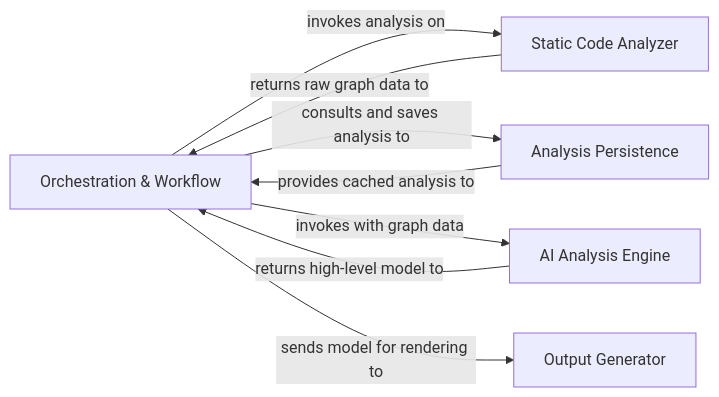
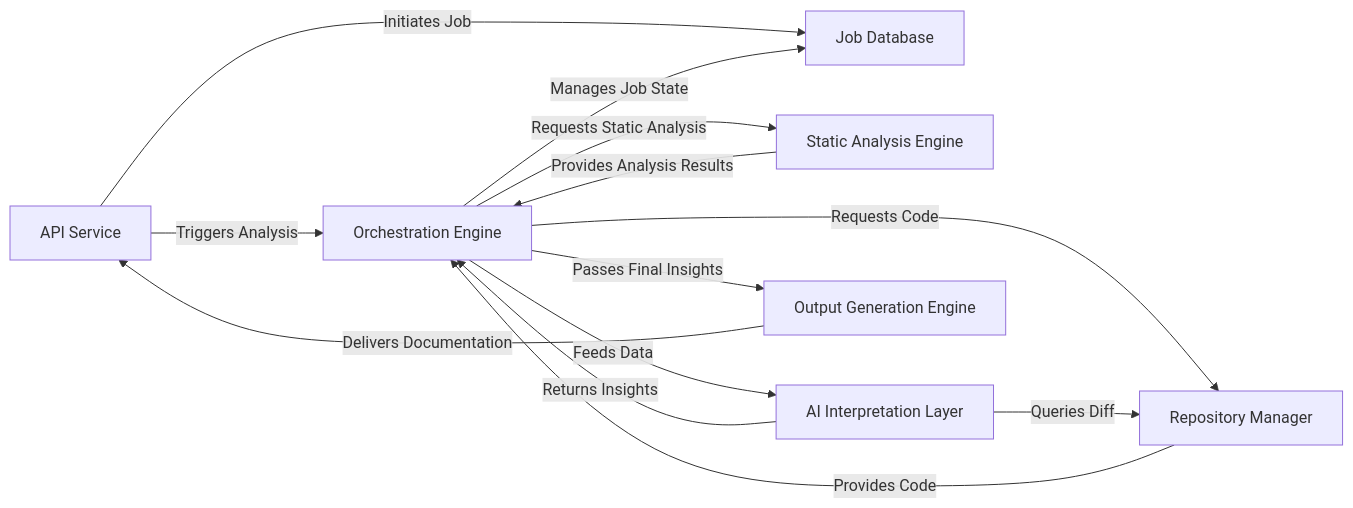
Before and after one commit to CodeBoarding/GeneratedOnBoardings: the diagram in CodeBoarding/on_boarding.md, drawn with Mermaid. The commit also changed other lines of this file and 34 other files, not shown here.

Commit message:
Uploading onboarding materials for CodeBoarding

````diff
--- a/CodeBoarding/on_boarding.md
+++ b/CodeBoarding/on_boarding.md
@@ -1,18 +1,28 @@
 ```mermaid
 graph LR
-    Orchestration_Workflow["Orchestration & Workflow"]
-    Static_Code_Analyzer["Static Code Analyzer"]
-    AI_Analysis_Engine["AI Analysis Engine"]
-    Analysis_Persistence["Analysis Persistence"]
-    Output_Generator["Output Generator"]
-    Orchestration_Workflow -- "invokes analysis on" --> Static_Code_Analyzer
-    Static_Code_Analyzer -- "returns raw graph data to" --> Orchestration_Workflow
-    Orchestration_Workflow -- "consults and saves analysis to" --> Analysis_Persistence
-    Analysis_Persistence -- "provides cached analysis to" --> Orchestration_Workflow
-    Orchestration_Workflow -- "invokes with graph data" --> AI_Analysis_Engine
-    AI_Analysis_Engine -- "returns high-level model to" --> Orchestration_Workflow
-    Orchestration_Workflow -- "sends model for rendering to" --> Output_Generator
-    click Orchestration_Workflow href "https://github.com/CodeBoarding/GeneratedOnBoardings/blob/main/CodeBoarding/Orchestration_Workflow.md" "Details"
-    click Static_Code_Analyzer href "https://github.com/CodeBoarding/GeneratedOnBoardings/blob/main/CodeBoarding/Static_Code_Analyzer.md" "Details"
-    click AI_Analysis_Engine href "https://github.com/CodeBoarding/GeneratedOnBoardings/blob/main/CodeBoarding/AI_Analysis_Engine.md" "Details"
+    API_Service["API Service"]
+    Job_Database["Job Database"]
+    Orchestration_Engine["Orchestration Engine"]
+    Repository_Manager["Repository Manager"]
+    Static_Analysis_Engine["Static Analysis Engine"]
+    AI_Interpretation_Layer["AI Interpretation Layer"]
+    Output_Generation_Engine["Output Generation Engine"]
+    API_Service -- "Initiates Job" --> Job_Database
+    API_Service -- "Triggers Analysis" --> Orchestration_Engine
+    Orchestration_Engine -- "Manages Job State" --> Job_Database
+    Orchestration_Engine -- "Requests Code" --> Repository_Manager
+    Repository_Manager -- "Provides Code" --> Orchestration_Engine
+    Orchestration_Engine -- "Requests Static Analysis" --> Static_Analysis_Engine
+    Static_Analysis_Engine -- "Provides Analysis Results" --> Orchestration_Engine
+    Orchestration_Engine -- "Feeds Data" --> AI_Interpretation_Layer
+    AI_Interpretation_Layer -- "Returns Insights" --> Orchestration_Engine
+    AI_Interpretation_Layer -- "Queries Diff" --> Repository_Manager
+    Orchestration_Engine -- "Passes Final Insights" --> Output_Generation_Engine
+    Output_Generation_Engine -- "Delivers Documentation" --> API_Service
+    click API_Service href "https://github.com/CodeBoarding/GeneratedOnBoardings/blob/main/CodeBoarding/API_Service.md" "Details"
+    click Orchestration_Engine href "https://github.com/CodeBoarding/GeneratedOnBoardings/blob/main/CodeBoarding/Orchestration_Engine.md" "Details"
+    click Repository_Manager href "https://github.com/CodeBoarding/GeneratedOnBoardings/blob/main/CodeBoarding/Repository_Manager.md" "Details"
+    click Static_Analysis_Engine href "https://github.com/CodeBoarding/GeneratedOnBoardings/blob/main/CodeBoarding/Static_Analysis_Engine.md" "Details"
+    click AI_Interpretation_Layer href "https://github.com/CodeBoarding/GeneratedOnBoardings/blob/main/CodeBoarding/AI_Interpretation_Layer.md" "Details"
+    click Output_Generation_Engine href "https://github.com/CodeBoarding/GeneratedOnBoardings/blob/main/CodeBoarding/Output_Generation_Engine.md" "Details"
 ```
````
